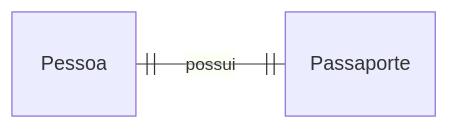
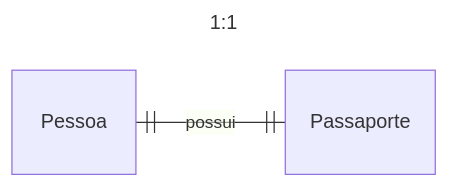
One commit to dmenezesgabriel/notes changed the first of 6 diagrams in notes/data-enginieer.concepts.data-modeling.data-modeling-cardinality.md. Above: the diagram before and after it, drawn with Mermaid. The commit also changed other lines of this file and 4 other files, not shown here.

````diff
--- a/notes/data-enginieer.concepts.data-modeling.data-modeling-cardinality.md
+++ b/notes/data-enginieer.concepts.data-modeling.data-modeling-cardinality.md
@@ -13,5 +13,9 @@
 ```mermaid
+---
+title: 1:1
+---
+
 erDiagram
   direction LR
   Pessoa ||--|| Passaporte : possui
 ```
````
